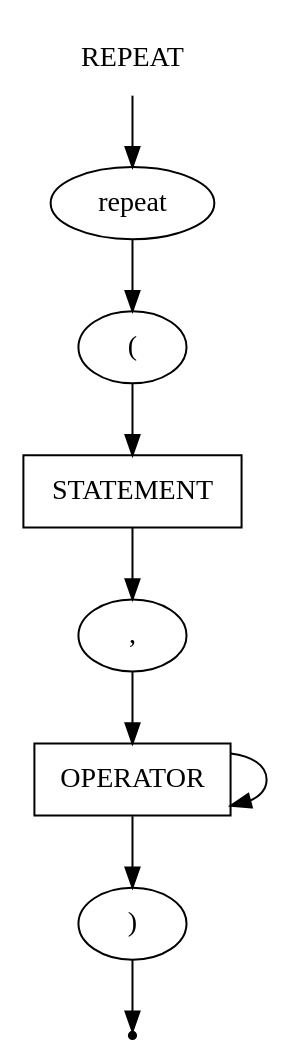
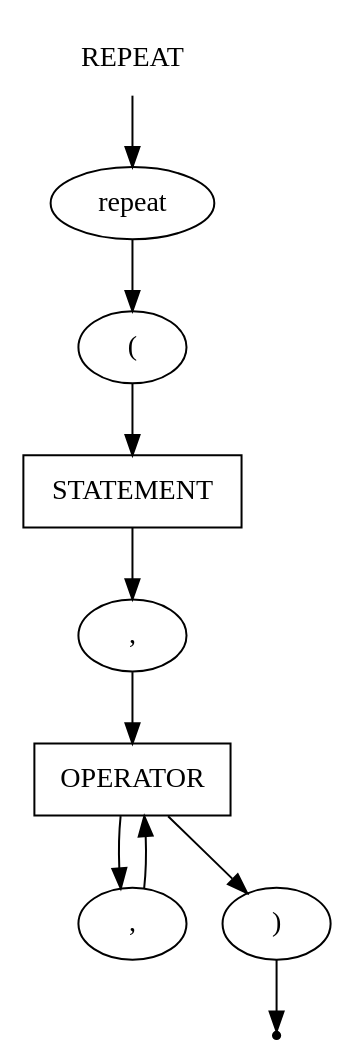
The diagram in src/PSADParser/grammar/repeat.gv (IMZolin/PSAD), drawn with Graphviz before and after one commit. The commit also changed 3 other files, not shown here.

```diff
--- a/src/PSADParser/grammar/repeat.gv
+++ b/src/PSADParser/grammar/repeat.gv
@@ -1,19 +1,21 @@
 digraph REPEAT{
     start [label=REPEAT shape=plaintext]
     repeat [label=repeat shape=oval]
     statement [label=STATEMENT shape=box]
     oper [label=OPERATOR shape=box]
     open [label="(" shape=oval]
     comma [label="," shape=oval]
+    comma_2 [label="," shape=oval]
     close [label=")" shape=oval]
     end [label="" shape=point]
 
     start -> repeat
     repeat -> open
     open -> statement
     statement -> comma
     comma -> oper
-    oper -> oper
+    oper -> comma_2
+    comma_2 -> oper
     oper -> close
     close -> end
 }
```
